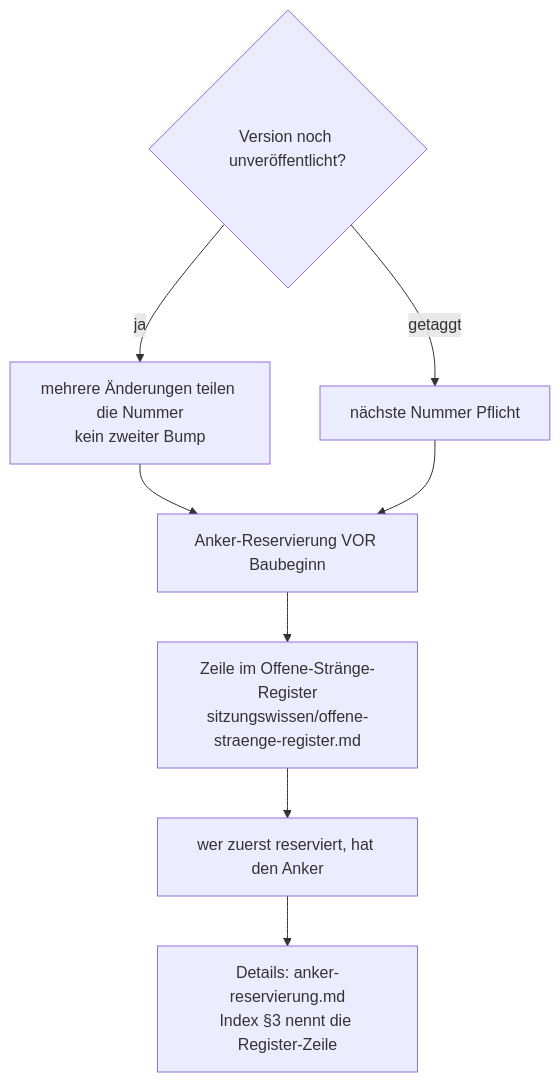
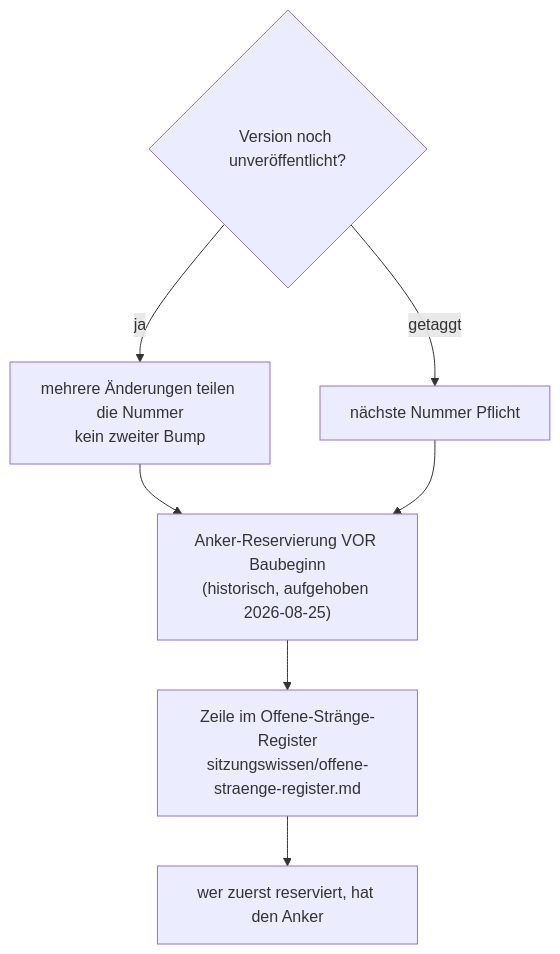
The ninth of 12 diagrams in knowledge-base/firmenkernprozesse/prozesskarten/01-aktualisierungs-index.md (NovaCore-AI/NovaCoreAI-OS), drawn with Mermaid before and after one commit. The commit also changed other lines of this file and 16 other files, not shown here.

First line of the commit message:
fix(phase-j-d): Anker-Reservierung ersatzlos aufgehoben (D31, D1+D3)

````diff
--- a/knowledge-base/firmenkernprozesse/prozesskarten/01-aktualisierungs-index.md
+++ b/knowledge-base/firmenkernprozesse/prozesskarten/01-aktualisierungs-index.md
@@ -297,12 +303,11 @@
 ```mermaid
 flowchart TD
     Q{"Version noch unveröffentlicht?"}
     Q -->|ja| Share["mehrere Änderungen teilen die Nummer<br/>kein zweiter Bump"]
     Q -->|getaggt| Next["nächste Nummer Pflicht"]
 
-    Share --> Res["Anker-Reservierung VOR Baubeginn"]
+    Share --> Res["Anker-Reservierung VOR Baubeginn<br/>(historisch, aufgehoben 2026-08-25)"]
     Next --> Res
     Res --> Reg["Zeile im Offene-Stränge-Register<br/>sitzungswissen/offene-straenge-register.md"]
     Reg --> First["wer zuerst reserviert, hat den Anker"]
-    First --> Detail["Details: anker-reservierung.md<br/>Index §3 nennt die Register-Zeile"]
 ```
````
